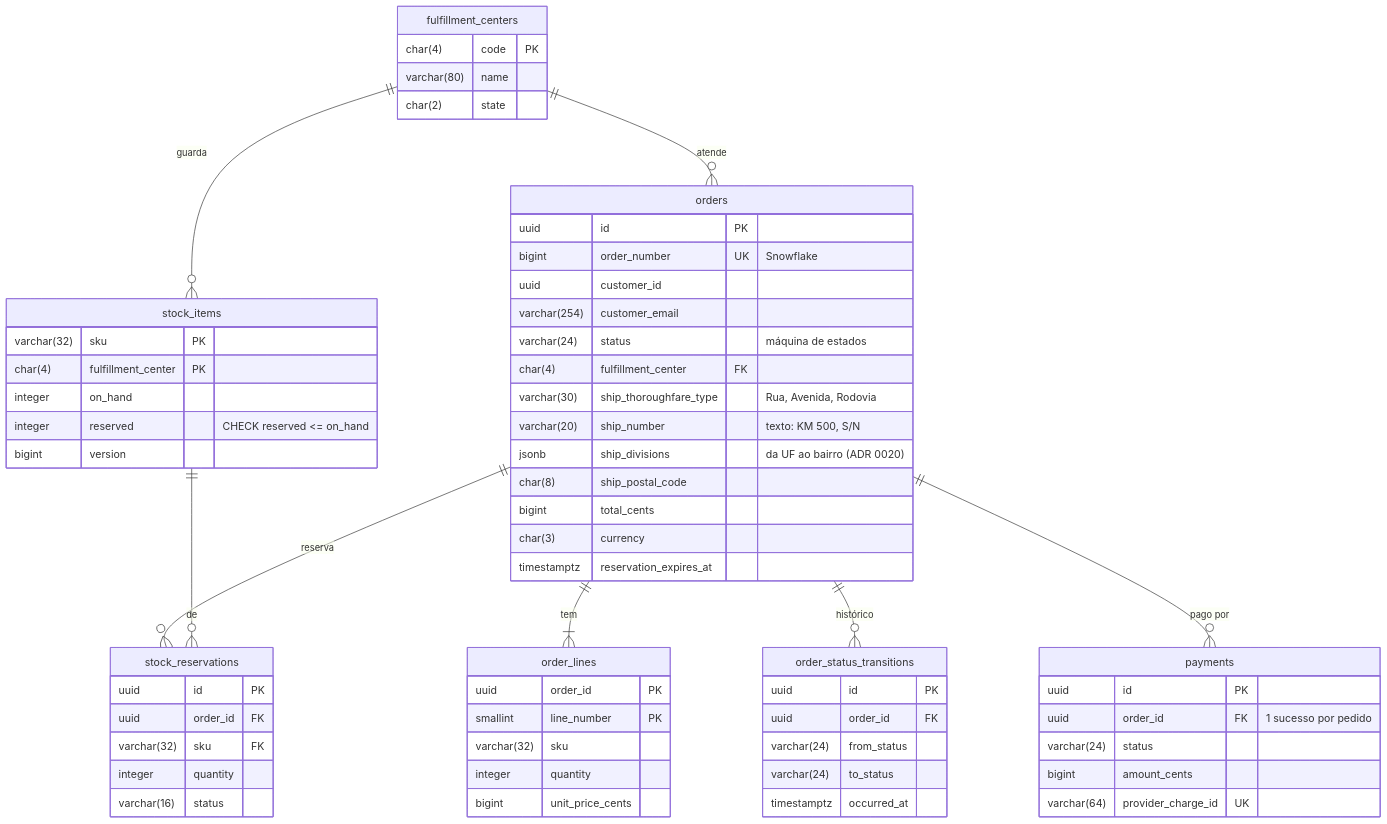
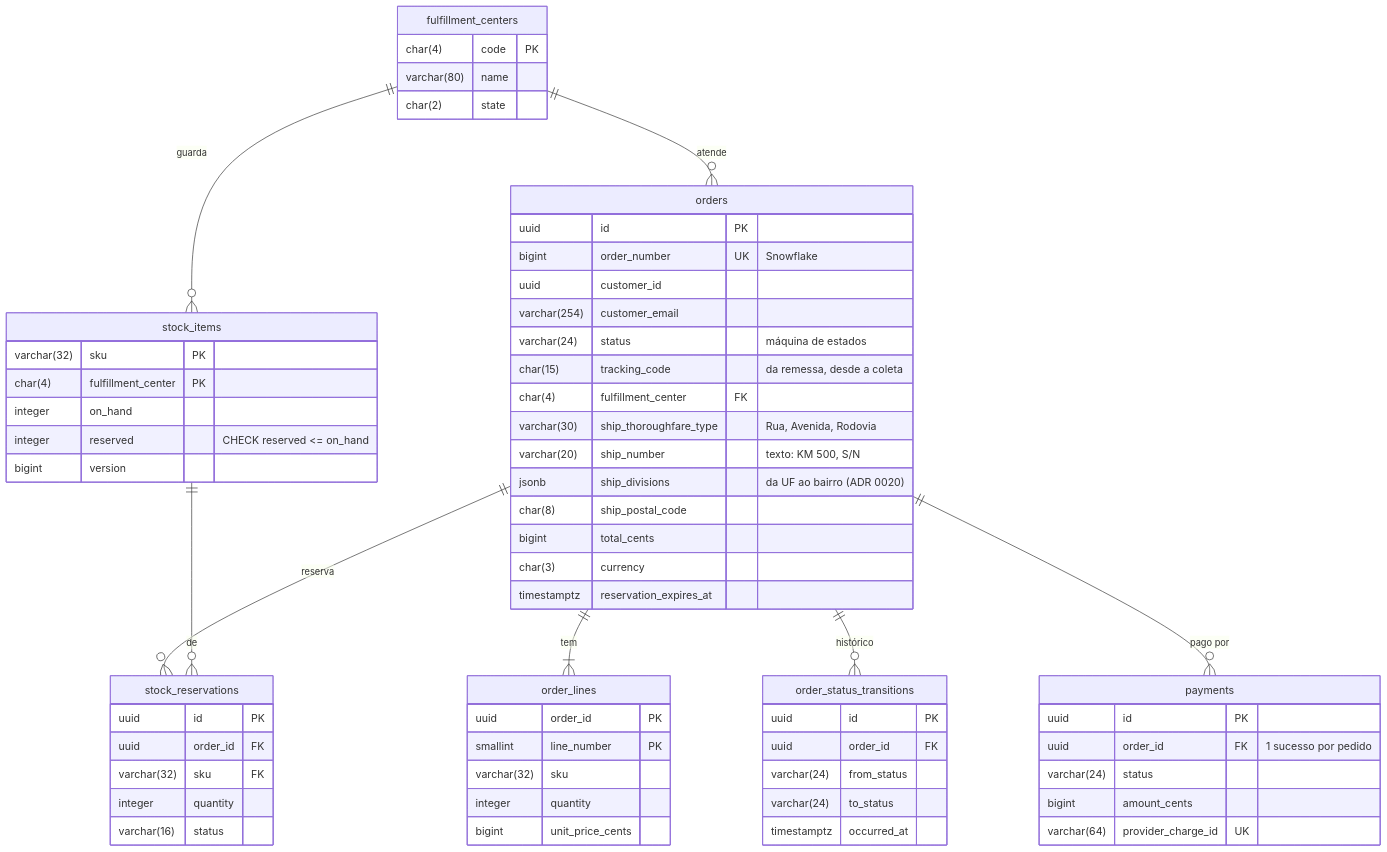
The second of 3 diagrams in docs/architecture/data-model.md (flaviotinococoutinho/Tucano_vibe_chaos), drawn with Mermaid before and after one commit. The commit also changed 19 other files, not shown here.

Commit message:
feat(commerce): keep the shipment tracking code on the order

````diff
--- a/docs/architecture/data-model.md
+++ b/docs/architecture/data-model.md
@@ -65,66 +65,67 @@
 ```mermaid
 erDiagram
   fulfillment_centers ||--o{ stock_items : "guarda"
   fulfillment_centers ||--o{ orders : "atende"
   orders ||--|{ order_lines : "tem"
   orders ||--o{ order_status_transitions : "histórico"
   orders ||--o{ stock_reservations : "reserva"
   stock_items ||--o{ stock_reservations : "de"
   orders ||--o{ payments : "pago por"
 
   fulfillment_centers {
     char(4) code PK
     varchar(80) name
     char(2) state
   }
   orders {
     uuid id PK
     bigint order_number UK "Snowflake"
     uuid customer_id
     varchar(254) customer_email
     varchar(24) status "máquina de estados"
+    char(15) tracking_code "da remessa, desde a coleta"
     char(4) fulfillment_center FK
     varchar(30) ship_thoroughfare_type "Rua, Avenida, Rodovia"
     varchar(20) ship_number "texto: KM 500, S/N"
     jsonb ship_divisions "da UF ao bairro (ADR 0020)"
     char(8) ship_postal_code
     bigint total_cents
     char(3) currency
     timestamptz reservation_expires_at
   }
   order_lines {
     uuid order_id PK
     smallint line_number PK
     varchar(32) sku
     integer quantity
     bigint unit_price_cents
   }
   order_status_transitions {
     uuid id PK
     uuid order_id FK
     varchar(24) from_status
     varchar(24) to_status
     timestamptz occurred_at
   }
   stock_items {
     varchar(32) sku PK
     char(4) fulfillment_center PK
     integer on_hand
     integer reserved "CHECK reserved <= on_hand"
     bigint version
   }
   stock_reservations {
     uuid id PK
     uuid order_id FK
     varchar(32) sku FK
     integer quantity
     varchar(16) status
   }
   payments {
     uuid id PK
     uuid order_id FK "1 sucesso por pedido"
     varchar(24) status
     bigint amount_cents
     varchar(64) provider_charge_id UK
   }
 ```
````
